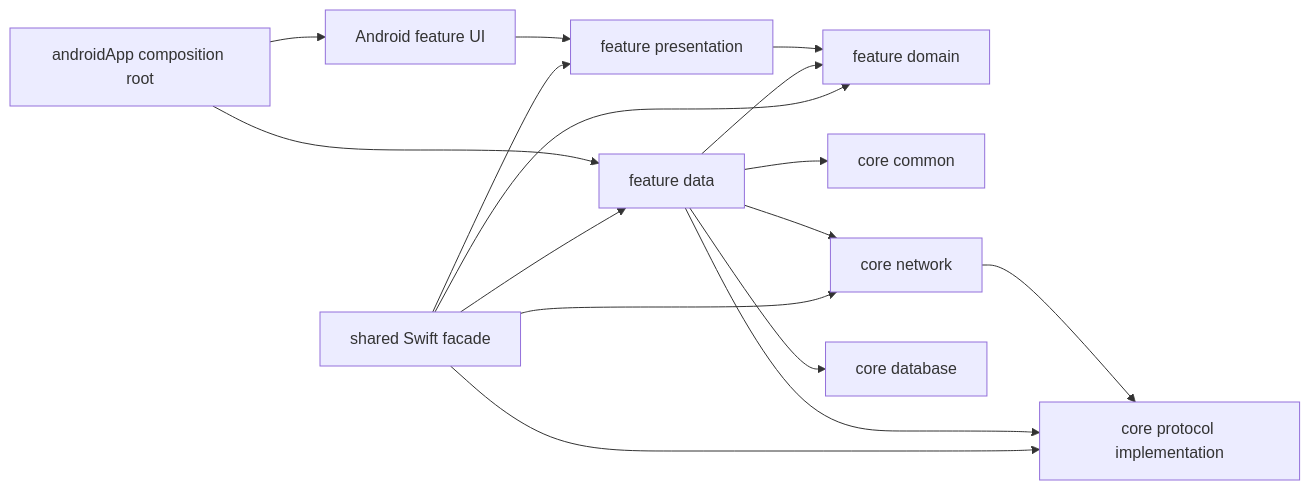
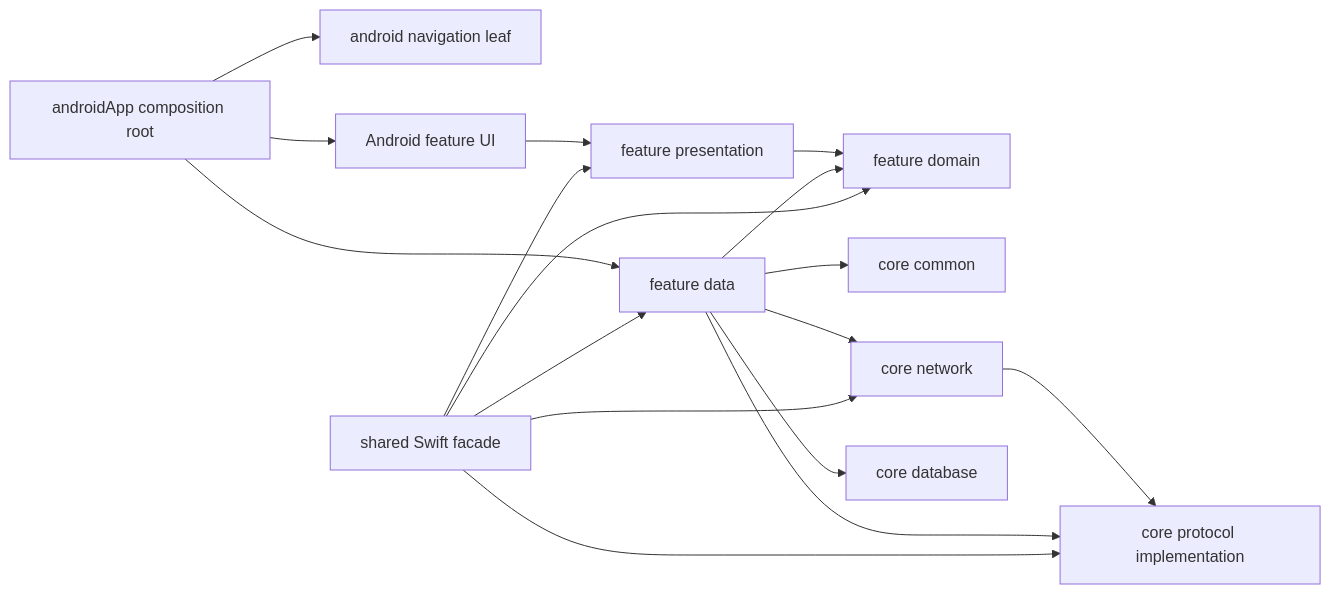
The diagram in mobile/docs/architecture.md (VictorSkurchik/rotki), drawn with Mermaid before and after one commit. The commit also changed other lines of this file and 14 other files, not shown here.

Commit message:
refactor(mobile): extract Android navigation

````diff
--- a/mobile/docs/architecture.md
+++ b/mobile/docs/architecture.md
@@ -155,18 +155,19 @@
 ```mermaid
 flowchart LR
+    AndroidApp["androidApp composition root"] --> AndroidNavigation["android navigation leaf"]
     AndroidApp["androidApp composition root"] --> AndroidFeature["Android feature UI"]
     AndroidFeature --> Presentation["feature presentation"]
     Presentation --> Domain["feature domain"]
     Data["feature data"] --> Domain
     Data --> Common["core common"]
     Data --> Network["core network"]
     Network --> Protocol["core protocol implementation"]
     Data --> Protocol
     Data --> Database["core database"]
     AndroidApp --> Data
     Shared["shared Swift facade"] --> Presentation
     Shared --> Domain
     Shared --> Data
     Shared --> Protocol
     Shared --> Network
 ```
````
